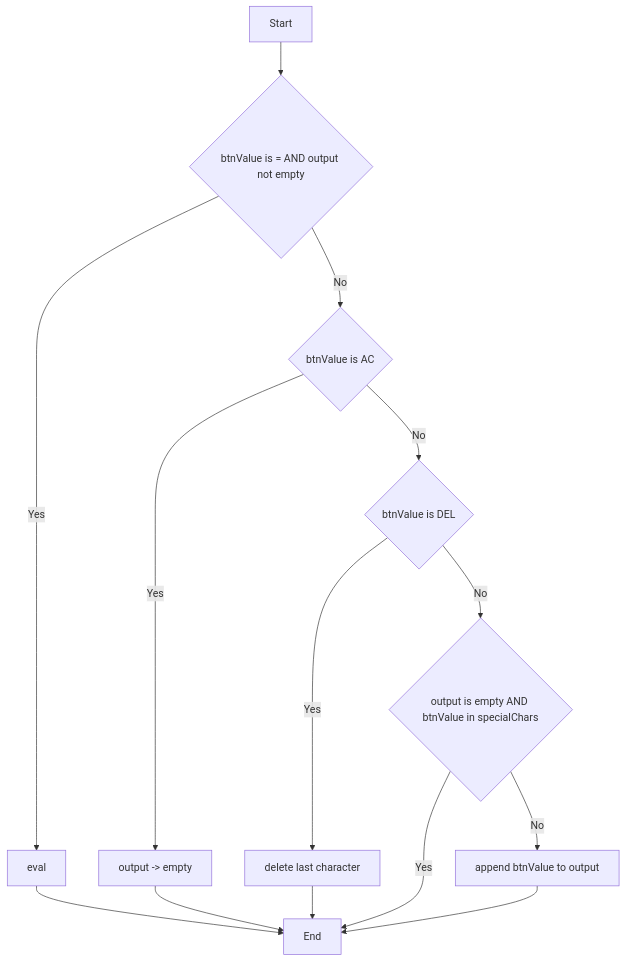
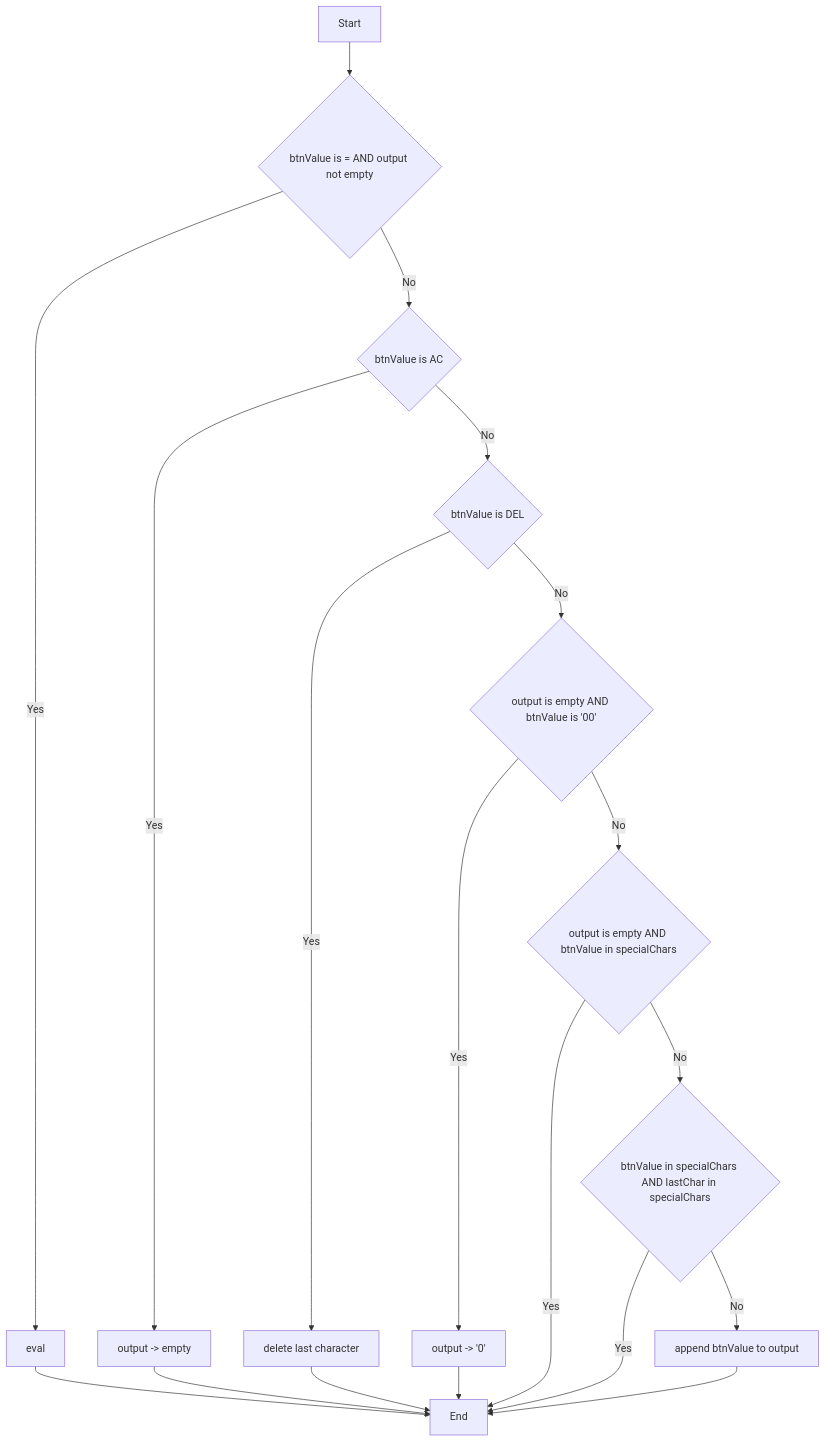
Before and after one commit to hakudang/calculate: the second of 2 diagrams in project/validattion.md, drawn with Mermaid. The commit also changed other lines of this file and 3 other files, not shown here.

````diff
--- a/project/validattion.md
+++ b/project/validattion.md
@@ -62,22 +92,32 @@
 ```mermaid
 flowchart TD
 
 Start --> C1
 
 C1{btnValue is = AND output not empty}
 C1 -->|Yes| A1[eval] --> End
 C1 -->|No| C2
 
 C2{btnValue is AC}
 C2 -->|Yes| A2[output -> empty] --> End
 C2 -->|No| C3
 
 C3{btnValue is DEL}
 C3 -->|Yes| A3[delete last character] --> End
-C3 -->|No| C4
+C3 -->|No| C5
 
-C4{output is empty AND btnValue in specialChars}
+C4{btnValue in specialChars AND lastChar in specialChars}
 C4 -->|Yes| End
 C4 -->|No| A4[append btnValue to output] --> End
 
+%% Nhánh xử lý V-04
+C5{output is empty AND btnValue is '00'}
+C5 -->|Yes| A5[output -> '0'] --> End
+C5 -->|No| C6
+
+%% Nhánh xử lý V-10, V-11
+C6{output is empty AND btnValue in specialChars}
+C6 -->|Yes| End
+C6 -->|No| C4
+
 ```
````
